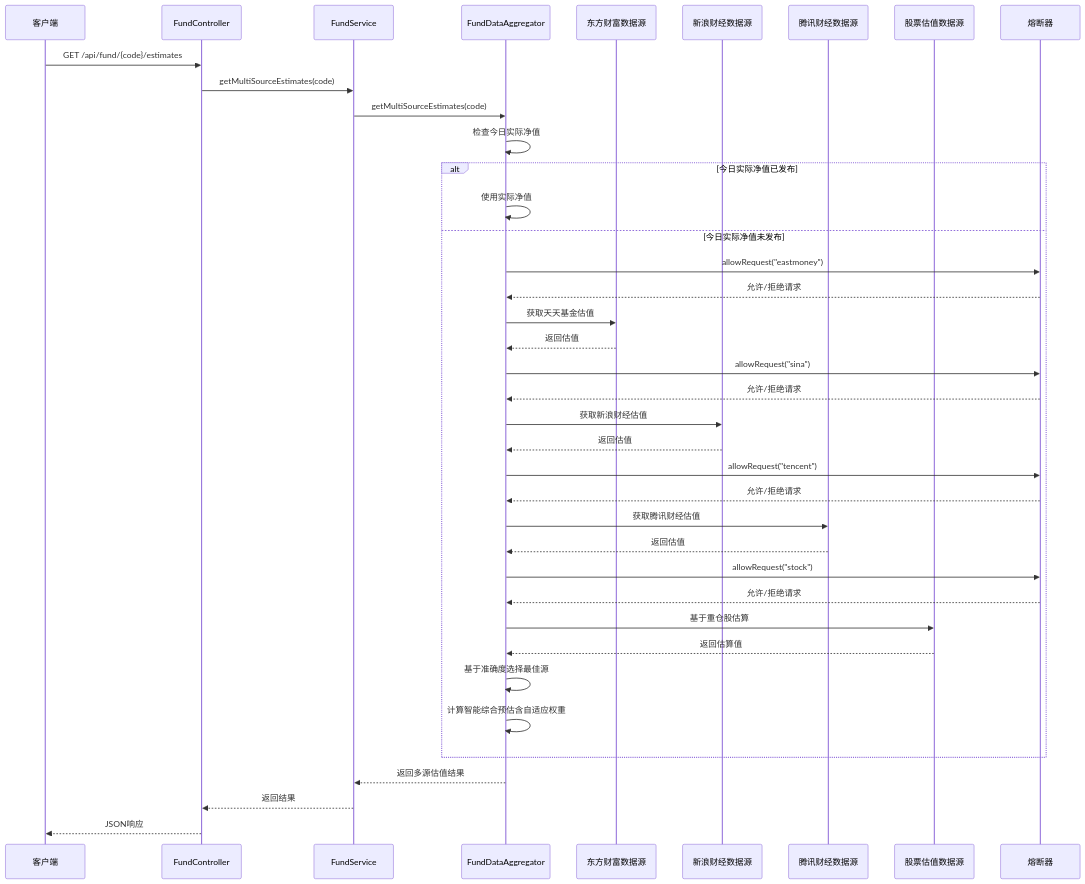
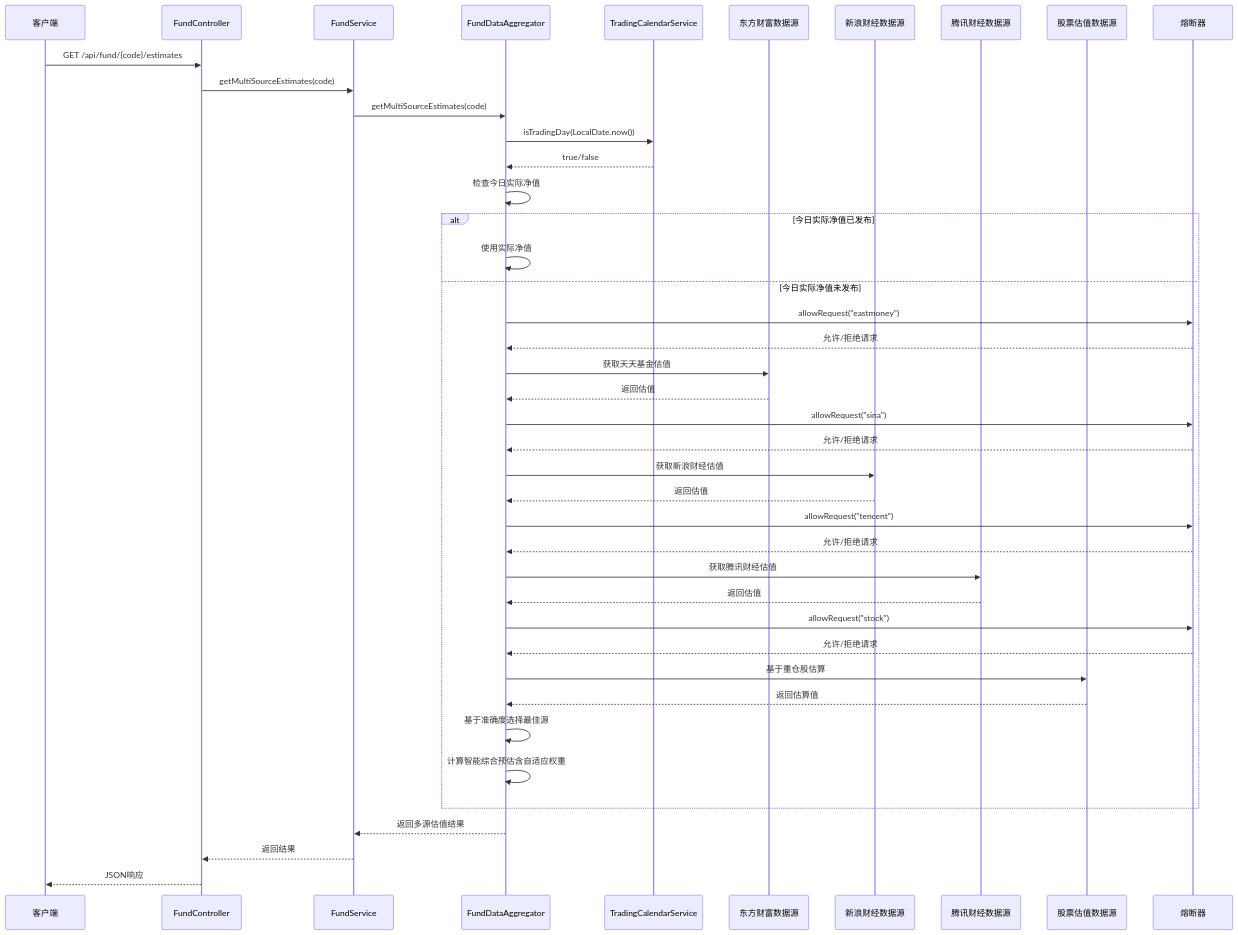
Diagram 15 of 23 in .qoder/repowiki/zh/content/核心功能开发/多源基金估值系统.md (gree-coder/fund-butler), drawn with Mermaid before and after one commit. The commit also changed other lines of this file and 5 other files, not shown here.

````diff
--- a/.qoder/repowiki/zh/content/核心功能开发/多源基金估值系统.md
+++ b/.qoder/repowiki/zh/content/核心功能开发/多源基金估值系统.md
@@ -659,41 +719,44 @@
 ```mermaid
 sequenceDiagram
 participant Client as 客户端
 participant Controller as FundController
 participant Service as FundService
 participant Aggregator as FundDataAggregator
+participant Calendar as TradingCalendarService
 participant EM as 东方财富数据源
 participant Sina as 新浪财经数据源
 participant Tencent as 腾讯财经数据源
 participant Stock as 股票估值数据源
 participant CB as 熔断器
 Client->>Controller : GET /api/fund/{code}/estimates
 Controller->>Service : getMultiSourceEstimates(code)
 Service->>Aggregator : getMultiSourceEstimates(code)
+Aggregator->>Calendar : isTradingDay(LocalDate.now())
+Calendar-->>Aggregator : true/false
 Aggregator->>Aggregator : 检查今日实际净值
 alt 今日实际净值已发布
 Aggregator->>Aggregator : 使用实际净值
 else 今日实际净值未发布
 Aggregator->>CB : allowRequest("eastmoney")
 CB-->>Aggregator : 允许/拒绝请求
 Aggregator->>EM : 获取天天基金估值
 EM-->>Aggregator : 返回估值
 Aggregator->>CB : allowRequest("sina")
 CB-->>Aggregator : 允许/拒绝请求
 Aggregator->>Sina : 获取新浪财经估值
 Sina-->>Aggregator : 返回估值
 Aggregator->>CB : allowRequest("tencent")
 CB-->>Aggregator : 允许/拒绝请求
 Aggregator->>Tencent : 获取腾讯财经估值
 Tencent-->>Aggregator : 返回估值
 Aggregator->>CB : allowRequest("stock")
 CB-->>Aggregator : 允许/拒绝请求
 Aggregator->>Stock : 基于重仓股估算
 Stock-->>Aggregator : 返回估算值
 Aggregator->>Aggregator : 基于准确度选择最佳源
 Aggregator->>Aggregator : 计算智能综合预估含自适应权重
 end
 Aggregator-->>Service : 返回多源估值结果
 Service-->>Controller : 返回结果
 Controller-->>Client : JSON响应
 ```
````
